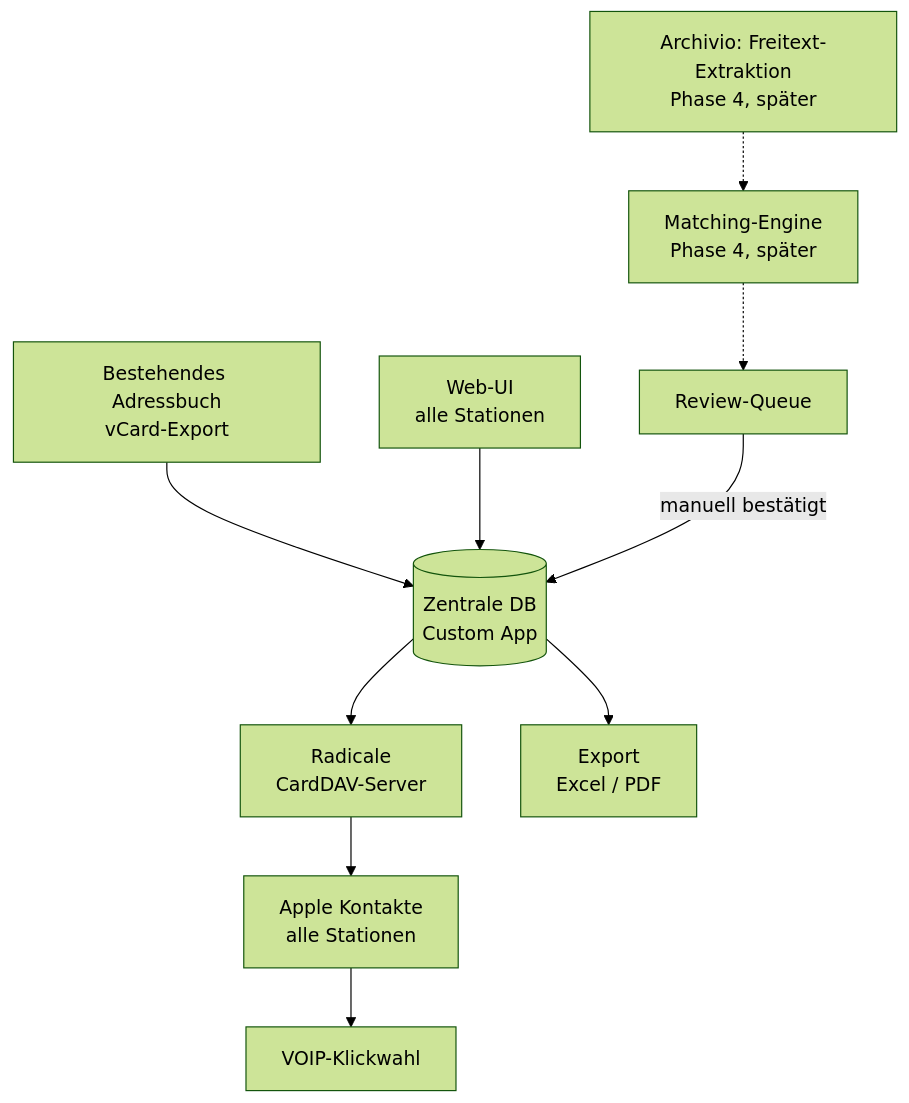
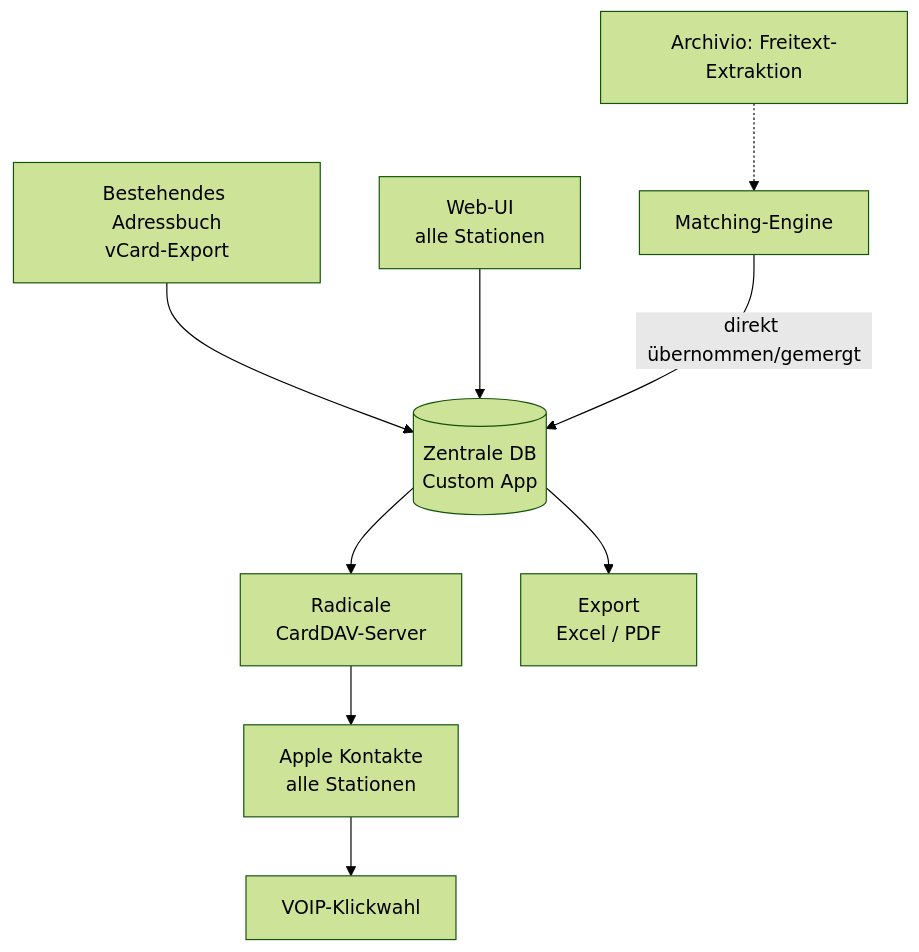
Before and after one commit to inderfab/rubrica: the first of 2 diagrams in docs/konzept.md, drawn with Mermaid (forest theme). The commit also changed other lines of this file, not shown here.

````diff
--- a/docs/konzept.md
+++ b/docs/konzept.md
@@ -29,12 +29,11 @@
 ```mermaid
 flowchart TB
     A[Bestehendes Adressbuch<br/>vCard-Export] --> D
     B[Web-UI<br/>alle Stationen] --> D
-    C[Archivio: Freitext-Extraktion<br/>Phase 4, später] -.-> M[Matching-Engine<br/>Phase 4, später]
-    M -.-> RQ[Review-Queue]
-    RQ -->|manuell bestätigt| D[(Zentrale DB<br/>Custom App)]
+    C[Archivio: Freitext-Extraktion] -.-> M[Matching-Engine]
+    M -->|direkt übernommen/gemergt| D[(Zentrale DB<br/>Custom App)]
     D --> R[Radicale<br/>CardDAV-Server]
     R --> K[Apple Kontakte<br/>alle Stationen]
     K --> V[VOIP-Klickwahl]
     D --> E[Export<br/>Excel / PDF]
 ```
````
